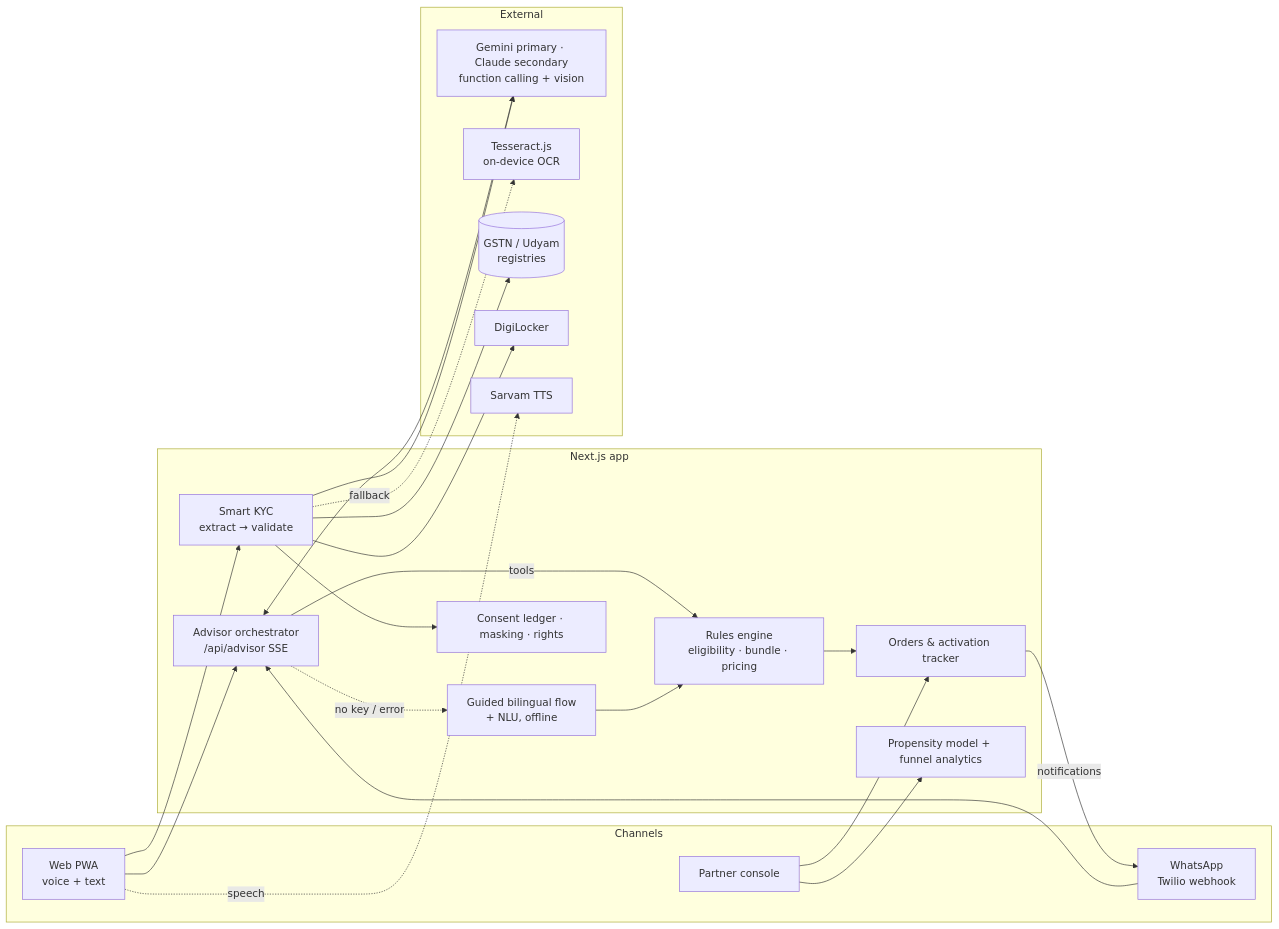
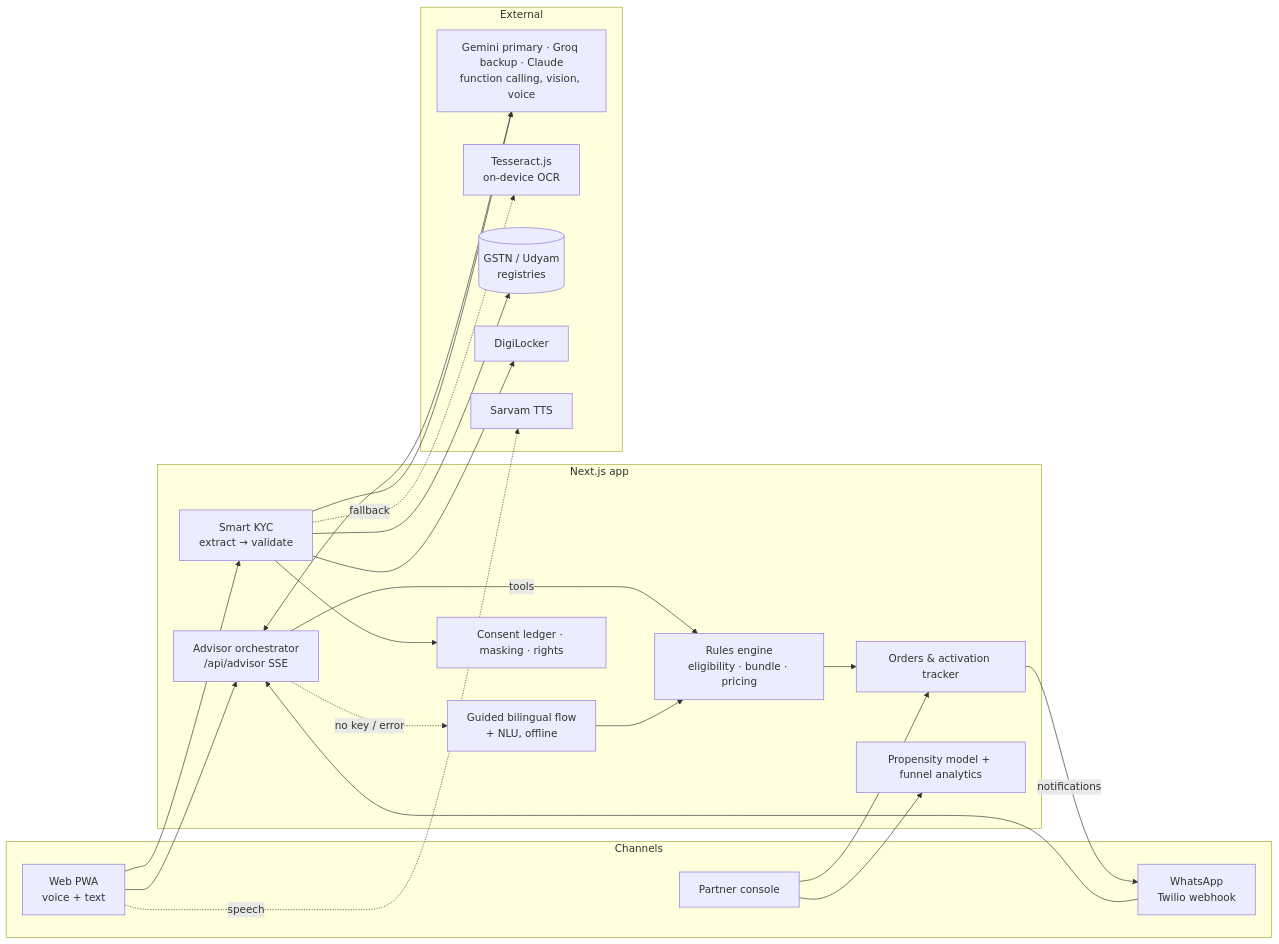
Before and after one commit to perrysolid/AIRTEL-SYNC: the diagram in docs/architecture.md, drawn with Mermaid. The commit also changed other lines of this file and 12 other files, not shown here.

Commit message:
Groq as backup AI provider (gpt-oss-120b advisor, qwen vision KYC, Whisper voice) behind Gemini; brief pause on rate limits; blurred-photo GSTIN guesses ask for a retake instead of rejecting

````diff
--- a/docs/architecture.md
+++ b/docs/architecture.md
@@ -3,43 +3,43 @@
 ```mermaid
 flowchart LR
   subgraph Channels
     W[Web PWA<br/>voice + text]
     WA[WhatsApp<br/>Twilio webhook]
     P[Partner console]
   end
 
   subgraph Next.js app
     ADV[Advisor orchestrator<br/>/api/advisor SSE]
     G[Guided bilingual flow<br/>+ NLU, offline]
     RULES[Rules engine<br/>eligibility · bundle · pricing]
     KYC[Smart KYC<br/>extract → validate]
     ORD[Orders & activation tracker]
     PRIV[Consent ledger · masking · rights]
     AN[Propensity model + funnel analytics]
   end
 
   subgraph External
-    C[Gemini primary · Claude secondary<br/>function calling + vision]
+    C[Gemini primary · Groq backup · Claude<br/>function calling, vision, voice]
     T[Tesseract.js<br/>on-device OCR]
     REG[(GSTN / Udyam<br/>registries)]
     DL[DigiLocker]
     S[Sarvam TTS]
   end
 
   W --> ADV
   WA --> ADV
   ADV -- tools --> RULES
   ADV <--> C
   ADV -. no key / error .-> G --> RULES
   W --> KYC
   KYC --> C
   KYC -. fallback .-> T
   KYC --> REG
   KYC --> DL
   KYC --> PRIV
   RULES --> ORD
   ORD -- notifications --> WA
   P --> AN
   P --> ORD
   W -. speech .-> S
 ```
````
